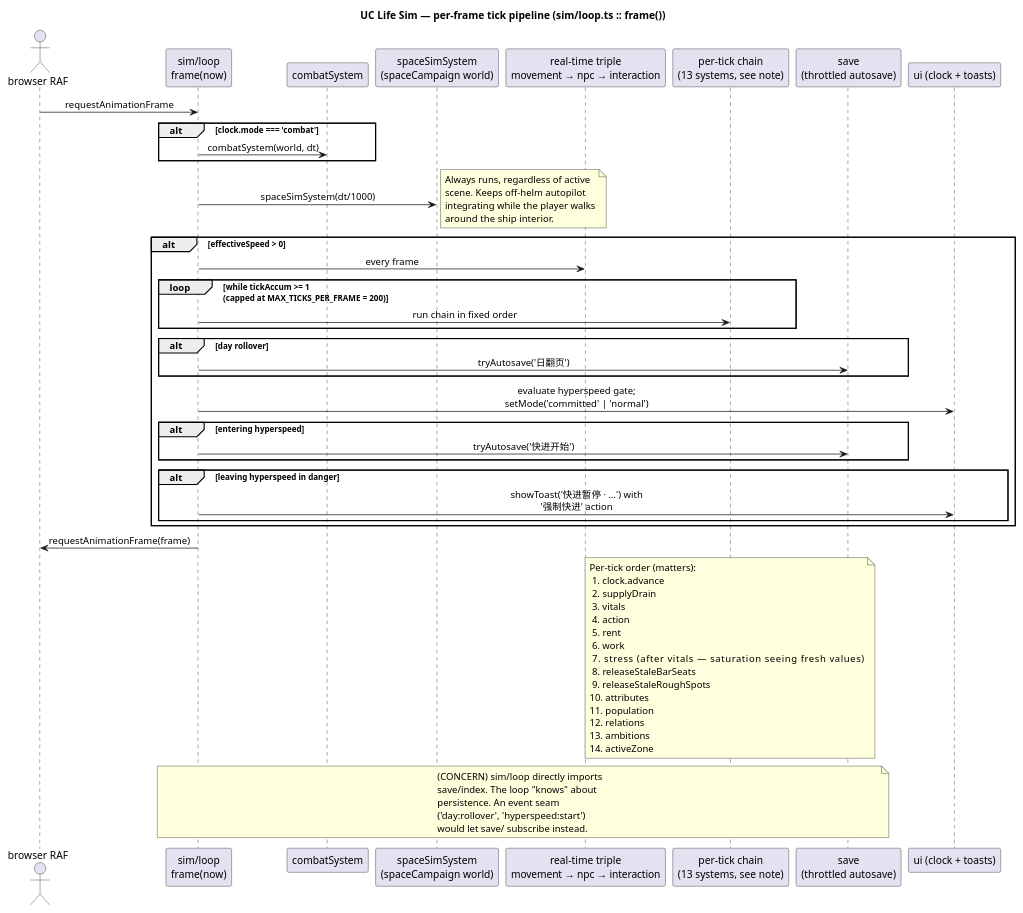
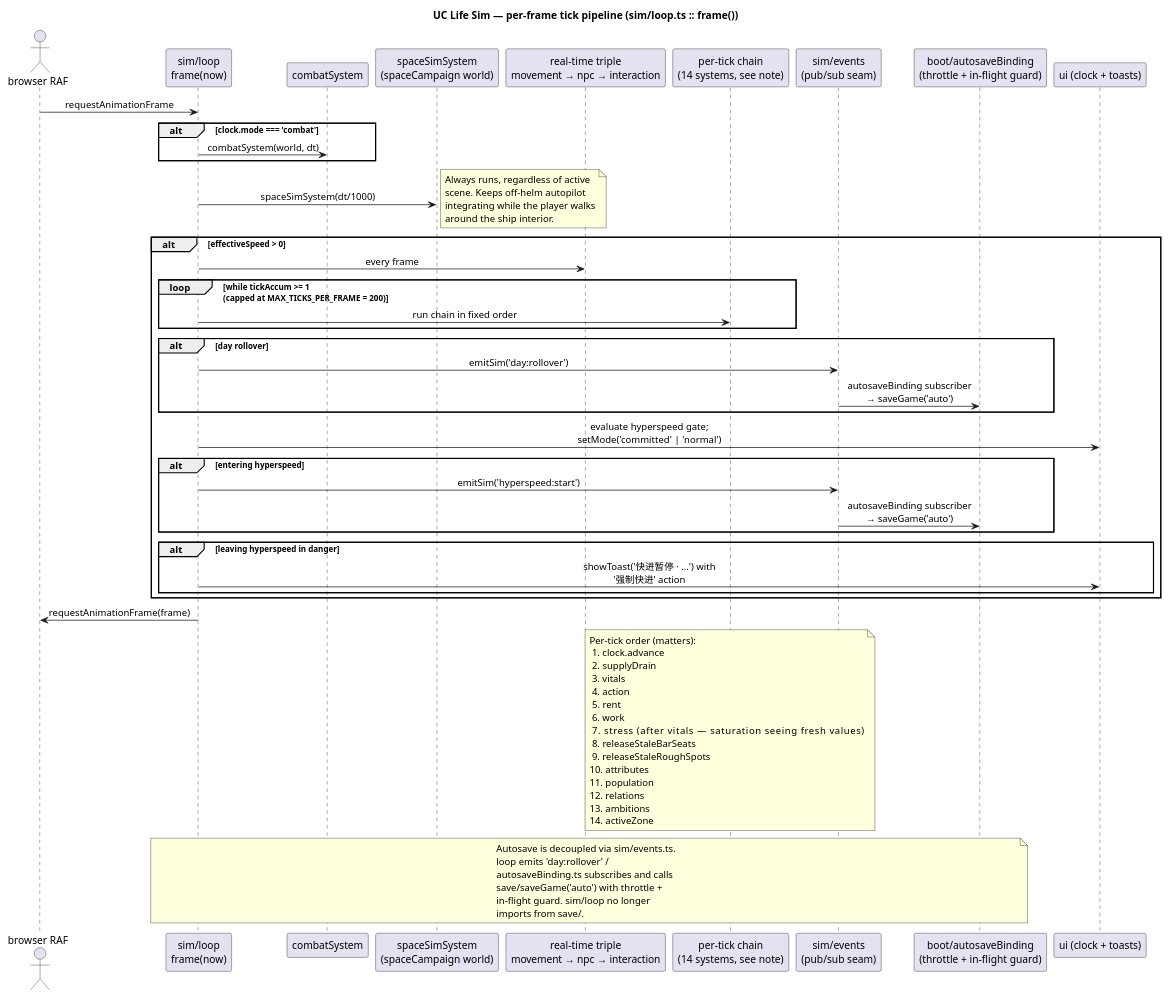
The diagram in arch/current/002_tick_pipeline.puml (Leo927/UCLife), drawn with PlantUML before and after one commit. The commit also changed 5 other files, not shown here.

First line of the commit message:
docs(arch): refresh architecture.md to match HEAD; drop stale CONCERN notes

```diff
--- a/arch/current/002_tick_pipeline.puml
+++ b/arch/current/002_tick_pipeline.puml
@@ -1,76 +1,81 @@
 @startuml current_002_tick_pipeline
 title UC Life Sim — per-frame tick pipeline (sim/loop.ts :: frame())
 
 skinparam shadowing false
 skinparam sequenceMessageAlign center
 skinparam defaultFontName "Inter, sans-serif"
 
 actor "browser RAF" as raf
 participant "sim/loop\nframe(now)" as L
 participant "combatSystem" as COMBAT
 participant "spaceSimSystem\n(spaceCampaign world)" as SPACE
 participant "real-time triple\nmovement → npc → interaction" as REAL
-participant "per-tick chain\n(13 systems, see note)" as TICK
-participant "save\n(throttled autosave)" as SV
+participant "per-tick chain\n(14 systems, see note)" as TICK
+participant "sim/events\n(pub/sub seam)" as EV
+participant "boot/autosaveBinding\n(throttle + in-flight guard)" as SV
 participant "ui (clock + toasts)" as UI
 
 raf -> L : requestAnimationFrame
 
 alt clock.mode === 'combat'
   L -> COMBAT : combatSystem(world, dt)
 end
 
 L -> SPACE : spaceSimSystem(dt/1000)
 note right
   Always runs, regardless of active
   scene. Keeps off-helm autopilot
   integrating while the player walks
   around the ship interior.
 end note
 
 alt effectiveSpeed > 0
   L -> REAL : every frame
   loop while tickAccum >= 1\n(capped at MAX_TICKS_PER_FRAME = 200)
     L -> TICK : run chain in fixed order
   end
   alt day rollover
-    L -> SV : tryAutosave('日翻页')
+    L -> EV : emitSim('day:rollover')
+    EV -> SV : autosaveBinding subscriber\n→ saveGame('auto')
   end
   L -> UI : evaluate hyperspeed gate;\nsetMode('committed' | 'normal')
   alt entering hyperspeed
-    L -> SV : tryAutosave('快进开始')
+    L -> EV : emitSim('hyperspeed:start')
+    EV -> SV : autosaveBinding subscriber\n→ saveGame('auto')
   end
   alt leaving hyperspeed in danger
     L -> UI : showToast('快进暂停 · …') with\n'强制快进' action
   end
 end
 
 L -> raf : requestAnimationFrame(frame)
 
 note over TICK
   Per-tick order (matters):
    1. clock.advance
    2. supplyDrain
    3. vitals
    4. action
    5. rent
    6. work
    7. stress              (after vitals — saturation seeing fresh values)
    8. releaseStaleBarSeats
    9. releaseStaleRoughSpots
   10. attributes
   11. population
   12. relations
   13. ambitions
   14. activeZone
 end note
 
 note over L, SV
-  (CONCERN) sim/loop directly imports
-  save/index. The loop "knows" about
-  persistence. An event seam
-  ('day:rollover', 'hyperspeed:start')
-  would let save/ subscribe instead.
+  Autosave is decoupled via sim/events.ts.
+  loop emits 'day:rollover' /
+  'hyperspeed:start'; src/boot/
+  autosaveBinding.ts subscribes and calls
+  save/saveGame('auto') with throttle +
+  in-flight guard. sim/loop no longer
+  imports from save/.
 end note
 
 @enduml
```
